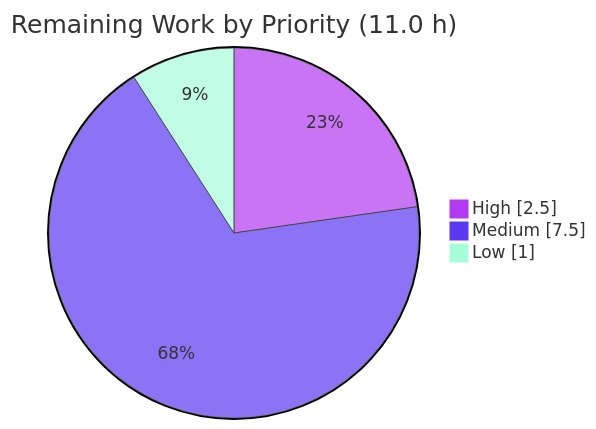
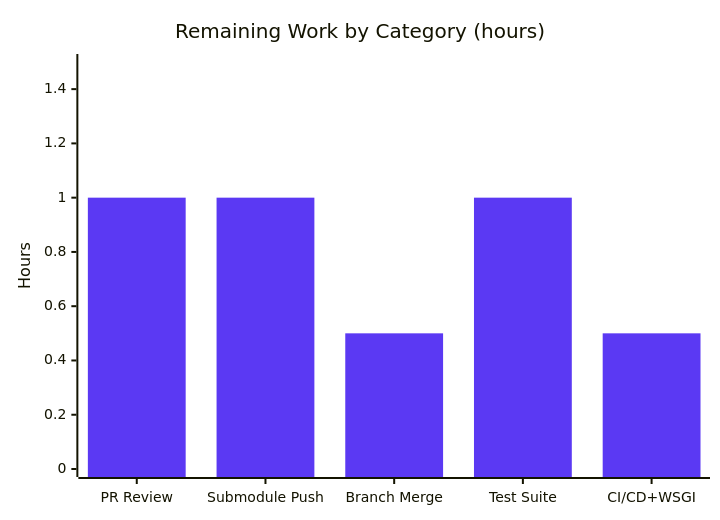
Before and after one commit to lakshya-blitzy/600K_ParentRepo: the third of 3 diagrams in blitzy/documentation/Project Guide.md, drawn with Mermaid. The commit also changed other lines of this file, not shown here.

Commit message:
Adding Blitzy Project Guide: Project Status and Human Tasks Remaining

````diff
--- a/blitzy/documentation/Project Guide.md
+++ b/blitzy/documentation/Project Guide.md
@@ -229,7 +211,8 @@
 ```mermaid
-%%{init: {'theme':'base','themeVariables':{'pie1':'#B23AF2','pie2':'#5B39F3','pie3':'#A8FDD9','pieStrokeColor':'#333333','pieStrokeWidth':'1px','pieSectionTextColor':'#333333'}}}%%
-pie showData title Remaining Work by Priority (11.0 h)
-    "High" : 2.5
-    "Medium" : 7.5
-    "Low" : 1.0
+%%{init: {'theme':'base', 'themeVariables': {'xyChart': {'plotColorPalette':'#5B39F3'}}}}%%
+xychart-beta
+    title "Remaining Work by Category (hours)"
+    x-axis ["PR Review", "Submodule Push", "Branch Merge", "Test Suite", "CI/CD+WSGI"]
+    y-axis "Hours" 0 --> 1.5
+    bar [1.0, 1.0, 0.5, 1.0, 0.5]
 ```
````
